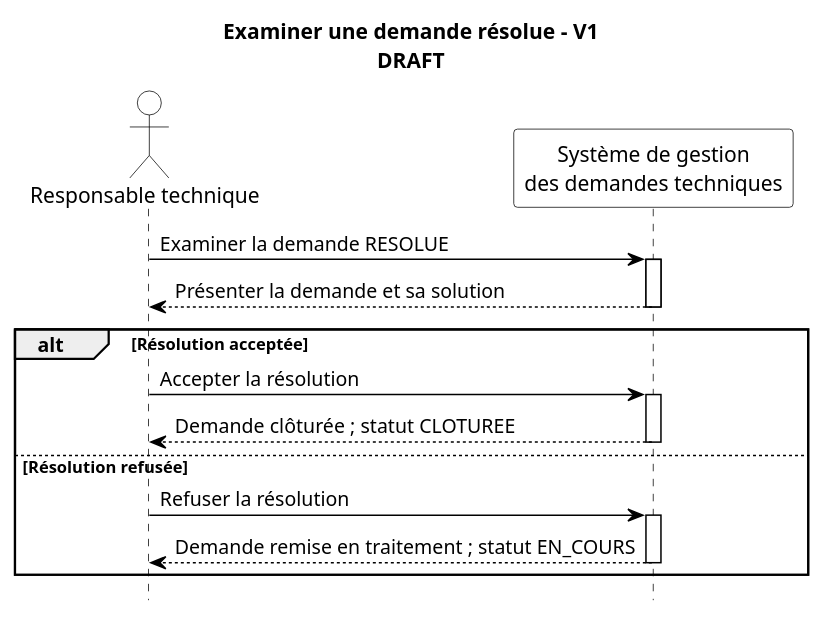
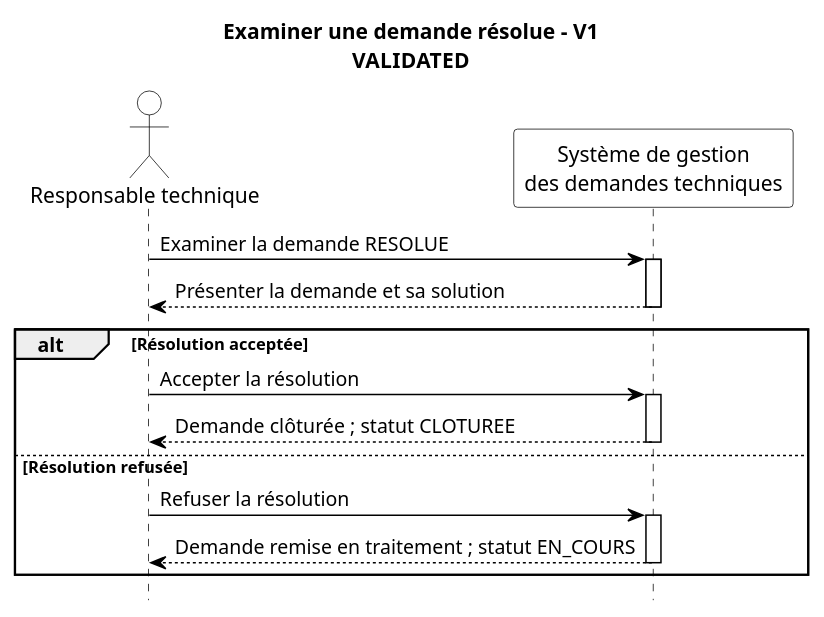
Before and after one commit to akrouty/gestion-demandes-techniques: the diagram in docs/uml/sequence/review-resolution-v1.puml, drawn with PlantUML. The commit also changed 8 other files, not shown here.

```diff
--- a/docs/uml/sequence/review-resolution-v1.puml
+++ b/docs/uml/sequence/review-resolution-v1.puml
@@ -1,49 +1,49 @@
 @startuml
 
-' Statut : DRAFT
-title Examiner une demande résolue - V1\nDRAFT
+' Statut : VALIDATED
+title Examiner une demande résolue - V1\nVALIDATED
 
 hide footbox
 ' PlantUML affiche nativement les gardes des fragments entre crochets.
 skinparam monochrome true
 skinparam shadowing false
 skinparam backgroundColor white
 skinparam sequence {
   ArrowColor black
   ActorBorderColor black
   ActorBackgroundColor white
   ActorFontColor black
   ParticipantBorderColor black
   ParticipantBackgroundColor white
   ParticipantFontColor black
   LifeLineBorderColor black
   LifeLineBackgroundColor white
   GroupBorderColor black
   GroupHeaderFontColor black
   GroupBodyBackgroundColor white
 }
 
 actor "Responsable technique" as RT
 participant "Système de gestion\ndes demandes techniques" as SYSTEM
 
 RT -> SYSTEM : Examiner la demande RESOLUE
 activate SYSTEM
 SYSTEM --> RT : Présenter la demande et sa solution
 deactivate SYSTEM
 
 ' Garde UML : [Résolution acceptée]
 
 alt Résolution acceptée
   RT -> SYSTEM : Accepter la résolution
   activate SYSTEM
   SYSTEM --> RT : Demande clôturée ; statut CLOTUREE
   deactivate SYSTEM
 ' Garde UML : [Résolution refusée]
 else Résolution refusée
   RT -> SYSTEM : Refuser la résolution
   activate SYSTEM
   SYSTEM --> RT : Demande remise en traitement ; statut EN_COURS
   deactivate SYSTEM
 end
 
 @enduml
```
